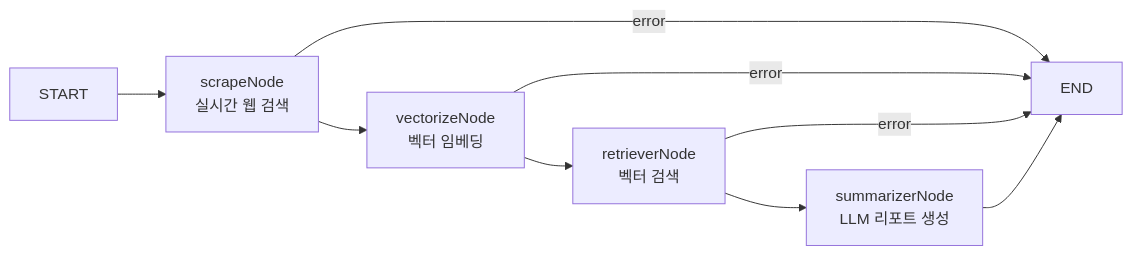
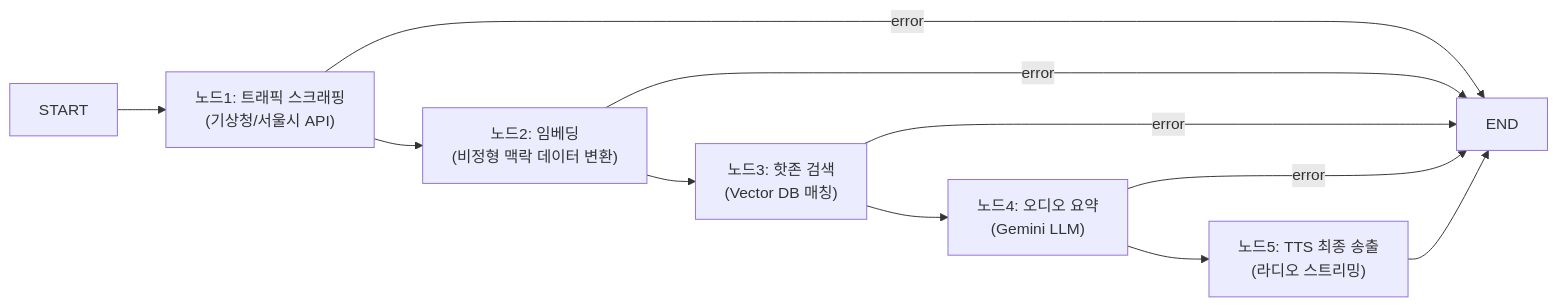
Before and after one commit to mycar4/000_UNSU: the diagram in .docs/GUIDE_API.md, drawn with Mermaid. The commit also changed other lines of this file and 90 other files, not shown here.

````diff
--- a/.docs/GUIDE_API.md
+++ b/.docs/GUIDE_API.md
@@ -58,11 +27,13 @@
 ```mermaid
 graph LR
-    START --> scrape["scrapeNode<br/>실시간 웹 검색"]
-    scrape -->|error| END
-    scrape --> vectorize["vectorizeNode<br/>벡터 임베딩"]
-    vectorize -->|error| END
-    vectorize --> retriever["retrieverNode<br/>벡터 검색"]
-    retriever -->|error| END
-    retriever --> summarizer["summarizerNode<br/>LLM 리포트 생성"]
-    summarizer --> END
+    START --> A["노드1: 트래픽 스크래핑<br/>(기상청/서울시 API)"]
+    A -->|error| END
+    A --> B["노드2: 임베딩<br/>(비정형 맥락 데이터 변환)"]
+    B -->|error| END
+    B --> C["노드3: 핫존 검색<br/>(Vector DB 매칭)"]
+    C -->|error| END
+    C --> D["노드4: 오디오 요약<br/>(Gemini LLM)"]
+    D -->|error| END
+    D --> E["노드5: TTS 최종 송출<br/>(라디오 스트리밍)"]
+    E --> END
 ```
````
